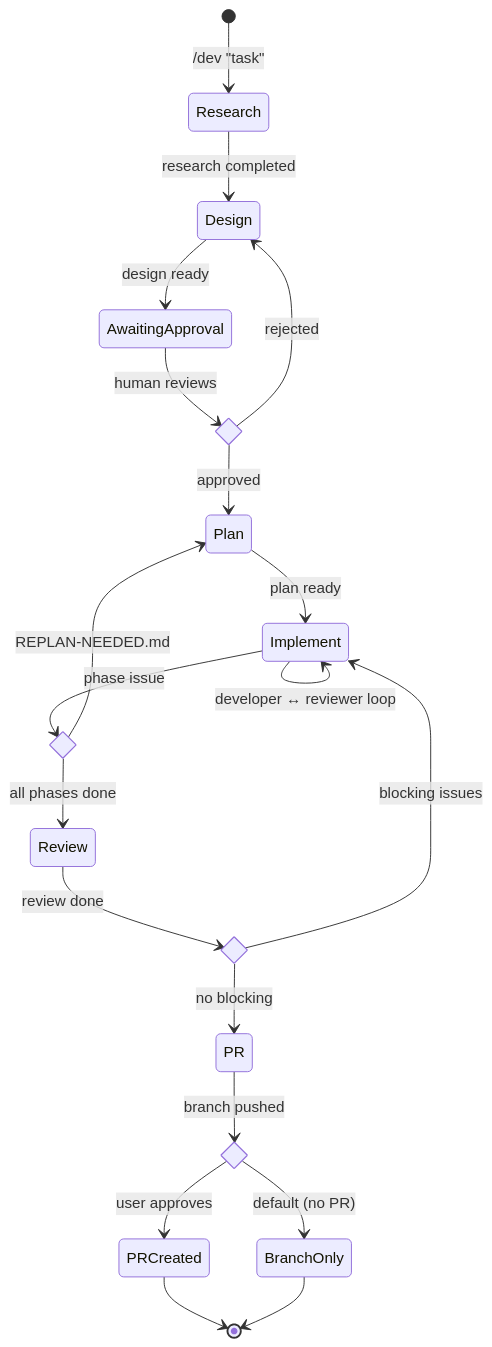
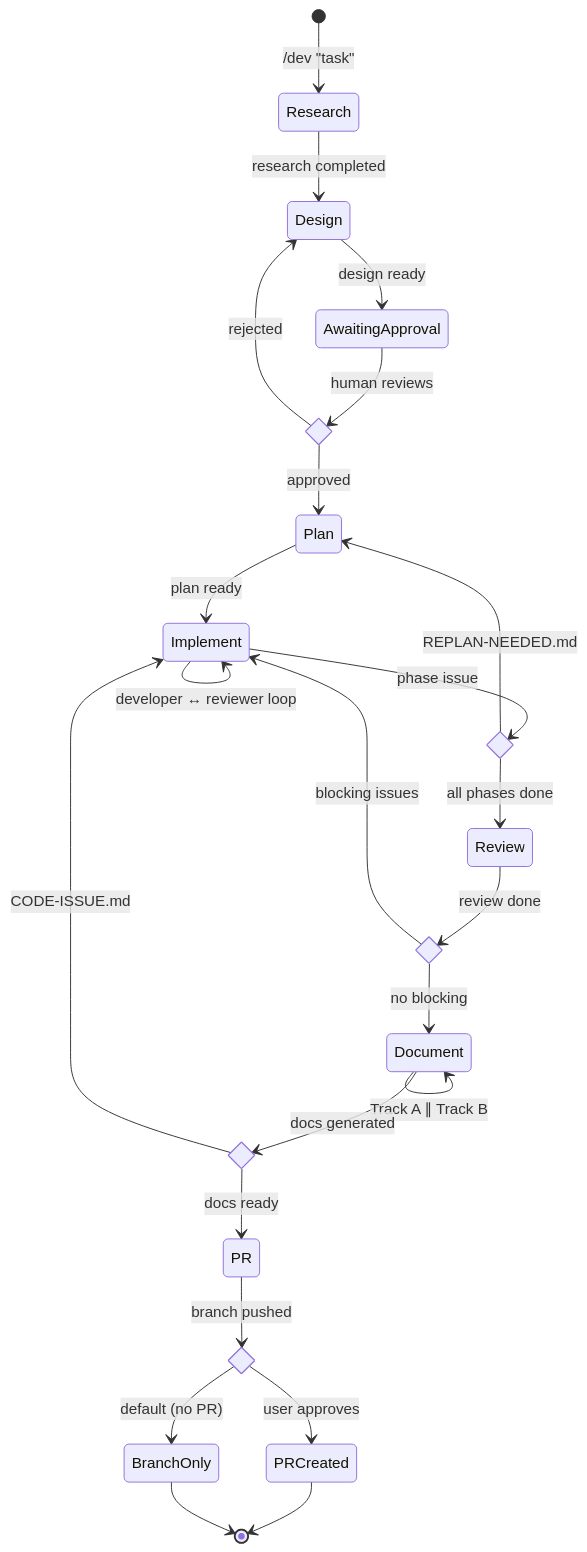
One commit to ikovinski/Claude changed diagram 12 of 14 in docs/dev-workflow/diagrams.md. Above: the diagram before and after it, drawn with Mermaid. The commit also changed other lines of this file and 10 other files, not shown here.

````diff
--- a/docs/dev-workflow/diagrams.md
+++ b/docs/dev-workflow/diagrams.md
@@ -460,33 +540,39 @@
 ```mermaid
 stateDiagram-v2
     [*] --> Research: /dev "task"
 
     Research --> Design: research completed
     Design --> AwaitingApproval: design ready
 
     state design_gate <<choice>>
     AwaitingApproval --> design_gate: human reviews
     design_gate --> Design: rejected
     design_gate --> Plan: approved
 
     Plan --> Implement: plan ready
     Implement --> Implement: developer ↔ reviewer loop
 
     state replan_check <<choice>>
     Implement --> replan_check: phase issue
     replan_check --> Plan: REPLAN-NEEDED.md
     replan_check --> Review: all phases done
 
     state blocking_check <<choice>>
     Review --> blocking_check: review done
     blocking_check --> Implement: blocking issues
-    blocking_check --> PR: no blocking
+    blocking_check --> Document: no blocking
+
+    Document --> Document: Track A ∥ Track B
+    state doc_check <<choice>>
+    Document --> doc_check: docs generated
+    doc_check --> Implement: CODE-ISSUE.md
+    doc_check --> PR: docs ready
 
     state pr_check <<choice>>
     PR --> pr_check: branch pushed
     pr_check --> PRCreated: user approves
     pr_check --> BranchOnly: default (no PR)
 
     PRCreated --> [*]
     BranchOnly --> [*]
 ```
````
